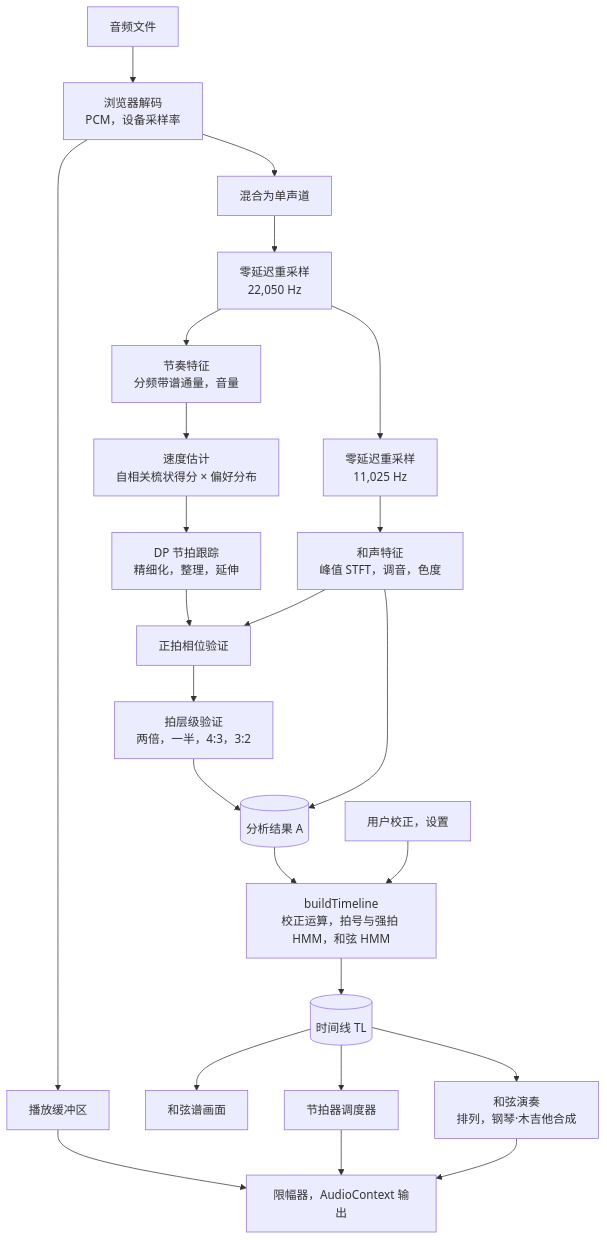
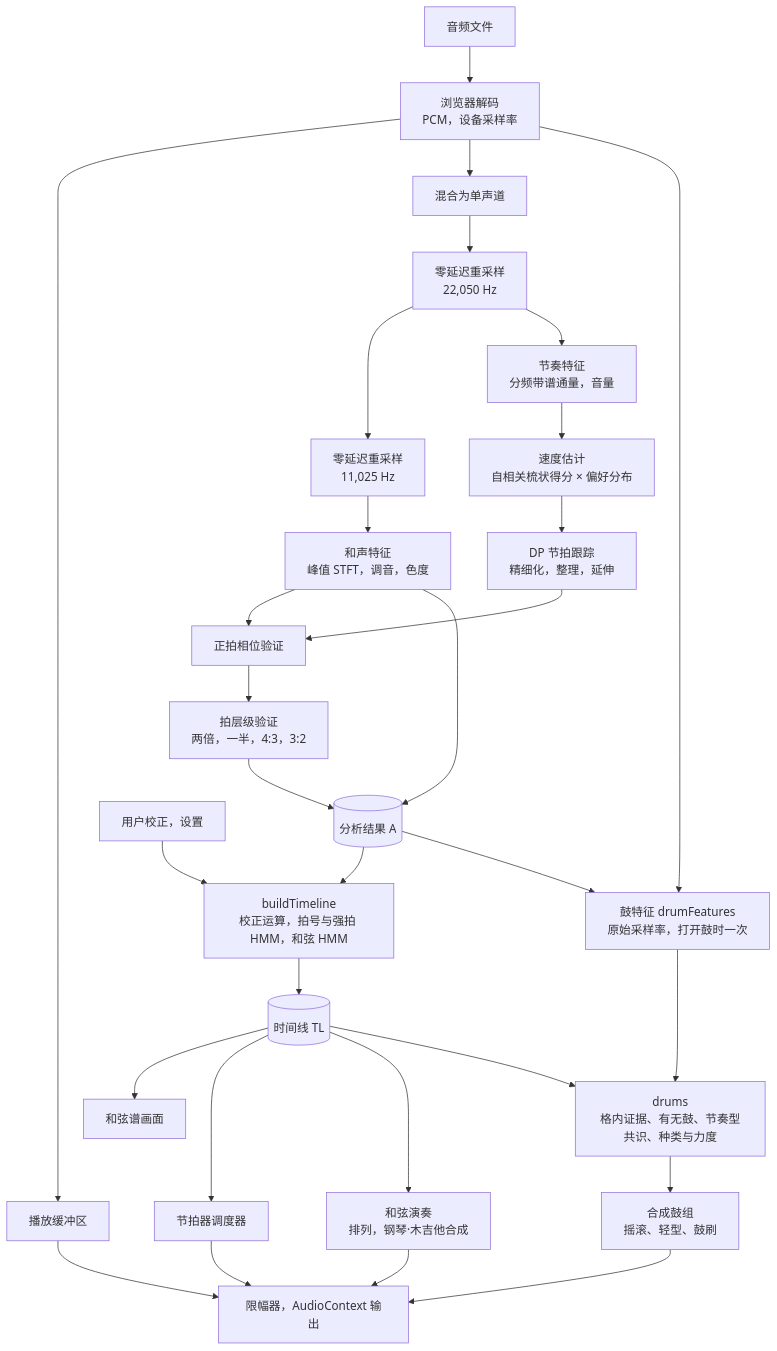
Before and after one commit to Velvitty/Chordity: the first of 3 diagrams in README.zh.md, drawn with Mermaid. The commit also changed other lines of this file and 7 other files, not shown here.

````diff
--- a/README.zh.md
+++ b/README.zh.md
@@ -330,26 +334,32 @@
 ```mermaid
 flowchart TD
   F["音频文件"] --> D["浏览器解码<br/>PCM，设备采样率"]
   D --> PB["播放缓冲区"]
   D --> MO["混合为单声道"]
   MO --> R22["零延迟重采样<br/>22,050 Hz"]
   R22 --> R11["零延迟重采样<br/>11,025 Hz"]
   R22 --> RF["节奏特征<br/>分频带谱通量，音量"]
   R11 --> HF["和声特征<br/>峰值 STFT，调音，色度"]
   RF --> TP["速度估计<br/>自相关梳状得分 × 偏好分布"]
   TP --> DP["DP 节拍跟踪<br/>精细化，整理，延伸"]
   DP --> PC["正拍相位验证"]
   HF --> PC
   PC --> LC["拍层级验证<br/>两倍，一半，4:3，3:2"]
   LC --> A[("分析结果 A")]
   HF --> A
   A --> BT["buildTimeline<br/>校正运算，拍号与强拍 HMM，和弦 HMM"]
   U["用户校正，设置"] --> BT
   BT --> TL[("时间线 TL")]
   TL --> CH["和弦谱画面"]
   TL --> SC["节拍器调度器"]
   TL --> PS["和弦演奏<br/>排列，钢琴·木吉他合成"]
   PB --> OUT["限幅器，AudioContext 输出"]
   SC --> OUT
   PS --> OUT
+  D --> DF["鼓特征 drumFeatures<br/>原始采样率，打开鼓时一次"]
+  A --> DF
+  DF --> DR["drums<br/>格内证据、有无鼓、节奏型共识、种类与力度"]
+  TL --> DR
+  DR --> DK["合成鼓组<br/>摇滚、轻型、鼓刷"]
+  DK --> OUT
 ```
````
